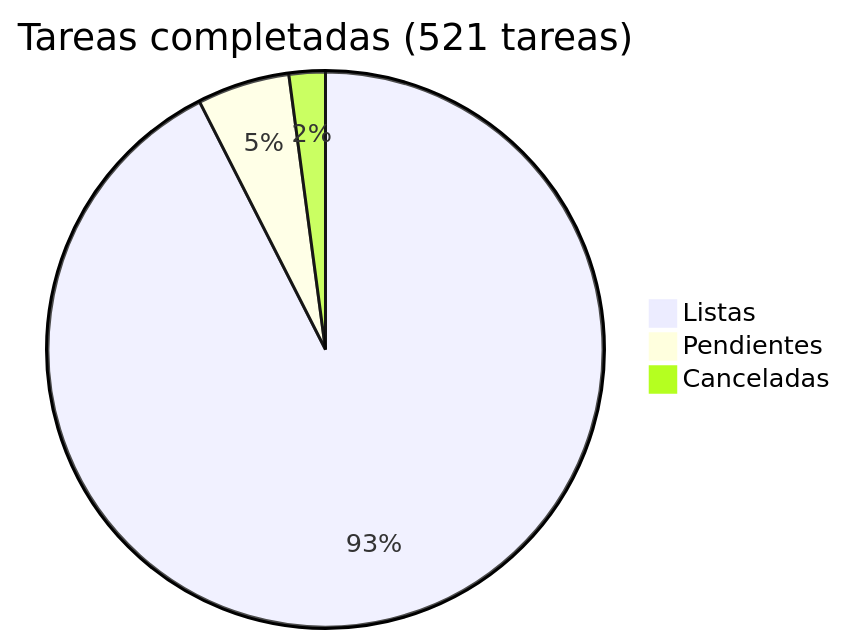
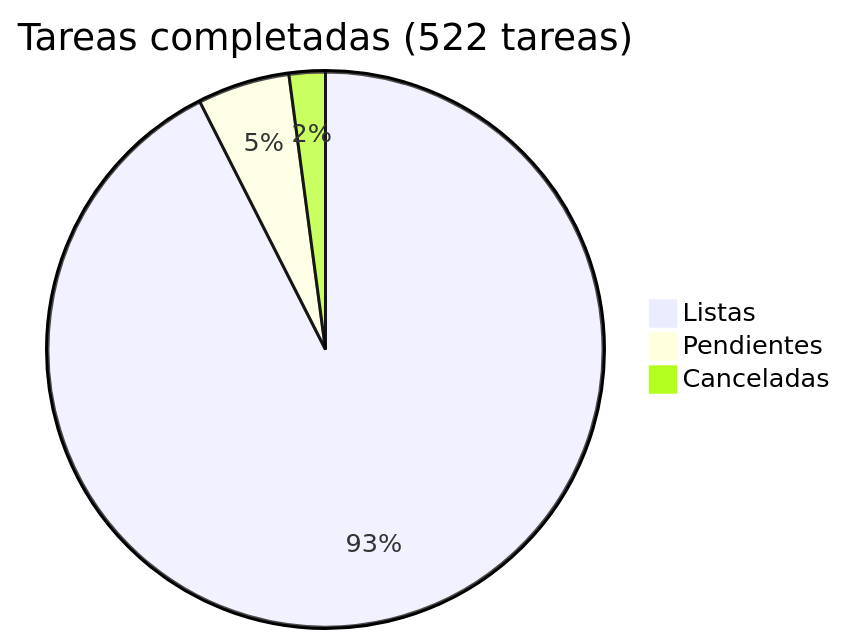
The diagram in docs/roadmap/README.md (araguaney-lat/araguaney), drawn with Mermaid before and after one commit. The commit also changed other lines of this file and 2 other files, not shown here.

Commit message:
Record the Search Console, Analytics and public profile moves to araguaney.org (#337)
* docs: record the Search Console setup and the switch of .lat redirects to 301 (phase 29 task 11)

* docs: the project account is now a verified Search Console owner of araguaney.org

* docs: Analytics properties moved to a project-owned account; plan the Firebase ownership review (phase 29)

* docs: close phase 29 task 23, Analytics separated and pointing to .org

* docs: record public profile updates and Wikidata status (phase 29 task 11)

````diff
--- a/docs/roadmap/README.md
+++ b/docs/roadmap/README.md
@@ -5,6 +5,6 @@
 ```mermaid
-pie title Tareas completadas (521 tareas)
-    "Listas" : 482
+pie title Tareas completadas (522 tareas)
+    "Listas" : 483
     "Pendientes" : 28
     "Canceladas" : 11
 ```
````
